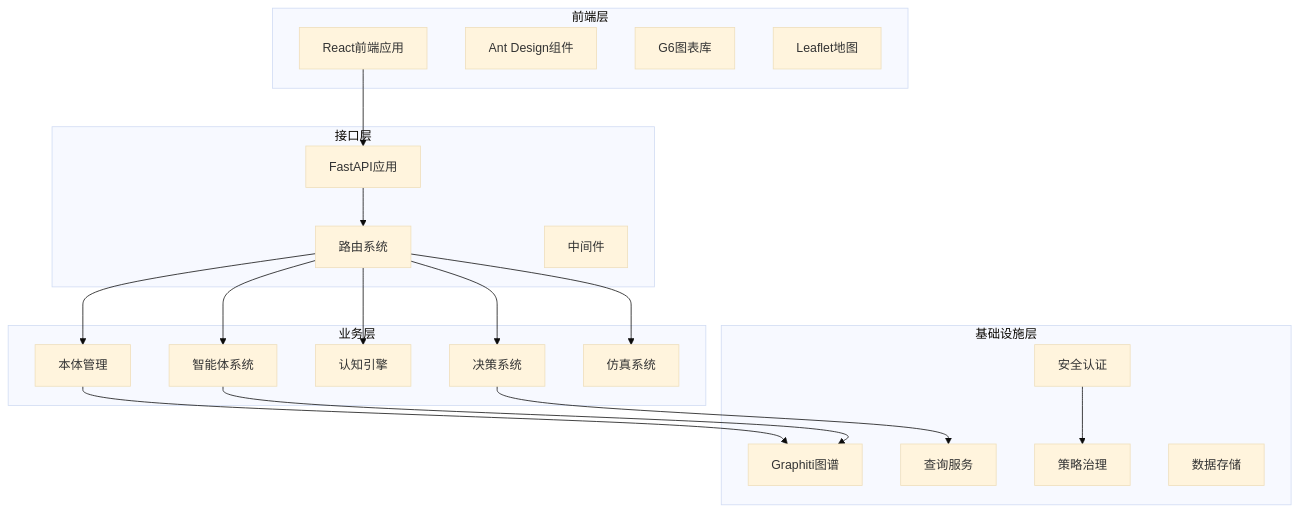
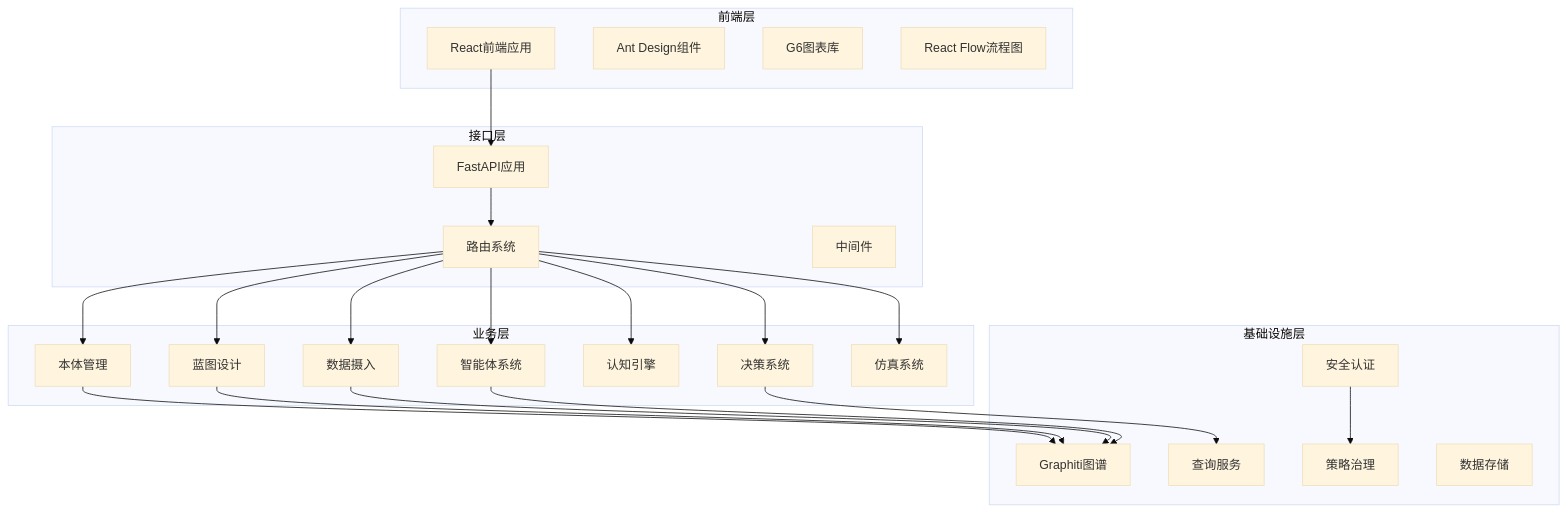
One commit to inier/ontology-graphiti changed the first of 11 diagrams in .qoder/repowiki/zh/content/核心模块/核心领域模块/本体管理系统/本体设计器系统.md. Above: the diagram before and after it, drawn with Mermaid (base theme). The commit also changed other lines of this file and 7 other files, not shown here.

First line of the commit message:
fix: 策略编辑器移除审计日志Tab + 业务规则归入语义地图

````diff
--- a/.qoder/repowiki/zh/content/核心模块/核心领域模块/本体管理系统/本体设计器系统.md
+++ b/.qoder/repowiki/zh/content/核心模块/核心领域模块/本体管理系统/本体设计器系统.md
@@ -56,39 +73,45 @@
 ```mermaid
 graph TB
 subgraph "前端层"
 FE[React前端应用]
 UI[Ant Design组件]
 G6[G6图表库]
-Leaflet[Leaflet地图]
+ReactFlow[React Flow流程图]
 end
 subgraph "接口层"
 API[FastAPI应用]
 Routes[路由系统]
 Middleware[中间件]
 end
 subgraph "业务层"
 Ontology[本体管理]
+Blueprint[蓝图设计]
+Ingest[数据摄入]
 Agent[智能体系统]
 Cognition[认知引擎]
 Decision[决策系统]
 Simulation[仿真系统]
 end
 subgraph "基础设施层"
 Graph[Graphiti图谱]
 Query[查询服务]
 Security[安全认证]
 OPA[策略治理]
 Storage[数据存储]
 end
 FE --> API
 API --> Routes
 Routes --> Ontology
+Routes --> Blueprint
+Routes --> Ingest
 Routes --> Agent
 Routes --> Cognition
 Routes --> Decision
 Routes --> Simulation
 Ontology --> Graph
+Blueprint --> Graph
+Ingest --> Graph
 Agent --> Graph
 Decision --> Query
 Security --> OPA
 ```
````
